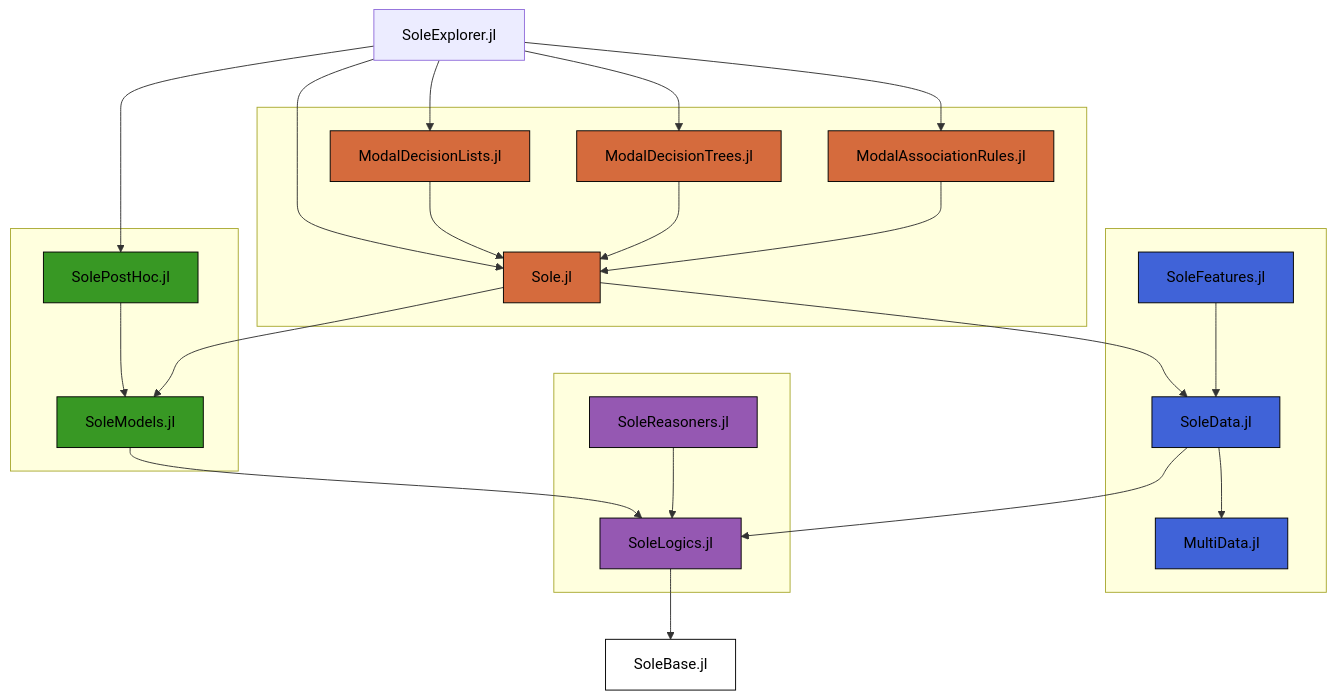
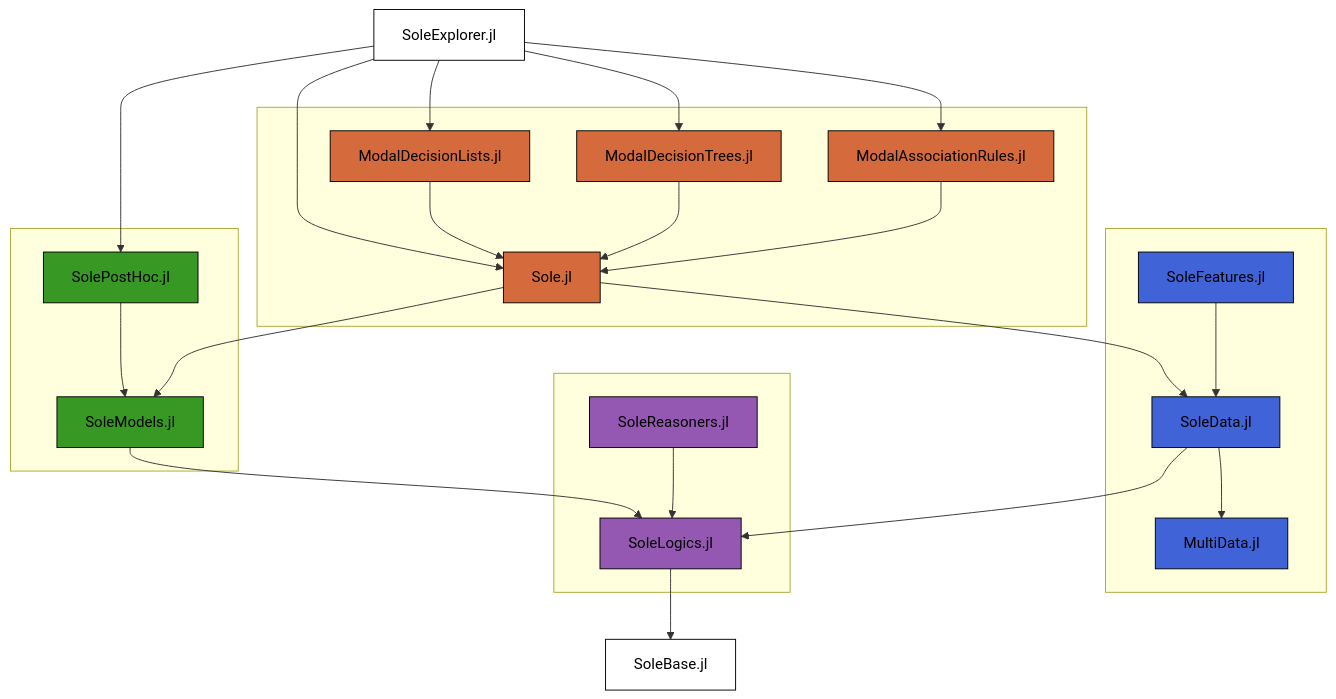
The second of 2 diagrams in README.md (aclai-lab/Sole.jl), drawn with Mermaid before and after one commit.

Commit message:
White brackground in SX node

````diff
--- a/README.md
+++ b/README.md
@@ -113,60 +113,61 @@
 ```mermaid
 graph TD
     SX[<font color="black">SoleExplorer.jl</font>]
 
     subgraph Group1[ ]
         MAR[<font color="black">ModalAssociationRules.jl</font>]
         MDT[<font color="black">ModalDecisionTrees.jl</font>]
         MDL[<font color="black">ModalDecisionLists.jl</font>]
         S[<font color="black">Sole.jl</font>]
     end
 
     subgraph Group2[ ]
         SF[<font color="black">SoleFeatures.jl</font>]
         SD[<font color="black">SoleData.jl</font>]
         MD[<font color="black">MultiData.jl</font>]
     end
 
     subgraph Group3[ ]
         PHC[<font color="black">SolePostHoc.jl</font>]
         SM[<font color="black">SoleModels.jl</font>]
     end
 
     subgraph Group4[ ]
         SL[<font color="black">SoleLogics.jl</font>]
         SR[<font color="black">SoleReasoners.jl</font>]
     end
     SB[<font color="black">SoleBase.jl</font>]
 
     SX --> MDL 
     SX --> MDT
     SX --> MAR
     SX --> S
     SX --> PHC
 
     SL --> SB
     SD --> SL
     SD --> MD
     SM --> SL
     S --> SD
     PHC --> SM
     S --> SM
     SF --> SD
     MDL --> S
     MDT --> S
     MAR --> S
     SR --> SL
 
+    style SX fill:#FFFFFF,stroke:#000000
     style SB fill:#FFFFFF,stroke:#000000
     style SL fill:#9558B2,stroke:#000000
     style SD fill:#4063D8,stroke:#000000
     style SM fill:#389824,stroke:#000000
     style SF fill:#4063D8,stroke:#000000
     style S fill:#D56B3D,stroke:#000000
     style MDL fill:#D56B3D,stroke:#000000
     style MDT fill:#D56B3D,stroke:#000000
     style MAR fill:#D56B3D,stroke:#000000
     style PHC fill:#389824,stroke:#000000
     style SR fill:#9558B2,stroke:#000000
     style MD fill:#4063D8,stroke:#000000
 ```
````
